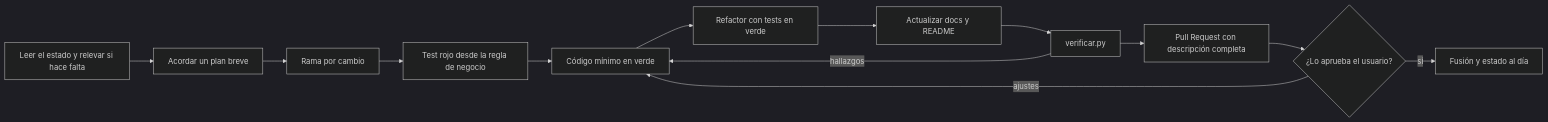
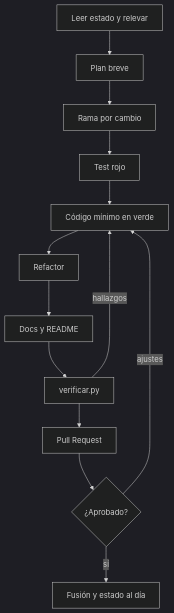
One commit to dante-sinesi/senior-developer-skill changed the diagram in docs/diagramas/ciclo-de-trabajo.md. Above: the diagram before and after it, drawn with Mermaid (dark theme). The commit also changed 2 other files, not shown here.

Commit message:
fix(docs): diagramas del ciclo de trabajo y del paquete en vertical y con etiquetas cortas (#25)

````diff
--- a/docs/diagramas/ciclo-de-trabajo.md
+++ b/docs/diagramas/ciclo-de-trabajo.md
@@ -14,15 +14,15 @@
 ```mermaid
-flowchart LR
-    A["Leer el estado y relevar si hace falta"] --> B["Acordar un plan breve"]
+flowchart TB
+    A["Leer estado y relevar"] --> B["Plan breve"]
     B --> C["Rama por cambio"]
-    C --> D["Test rojo desde la regla de negocio"]
+    C --> D["Test rojo"]
     D --> E["Código mínimo en verde"]
-    E --> F["Refactor con tests en verde"]
-    F --> G["Actualizar docs y README"]
+    E --> F["Refactor"]
+    F --> G["Docs y README"]
     G --> H["verificar.py"]
     H -->|hallazgos| E
-    H --> I["Pull Request con descripción completa"]
-    I --> J{"¿Lo aprueba el usuario?"}
+    H --> I["Pull Request"]
+    I --> J{"¿Aprobado?"}
     J -->|ajustes| E
     J -->|sí| K["Fusión y estado al día"]
 ```
````
